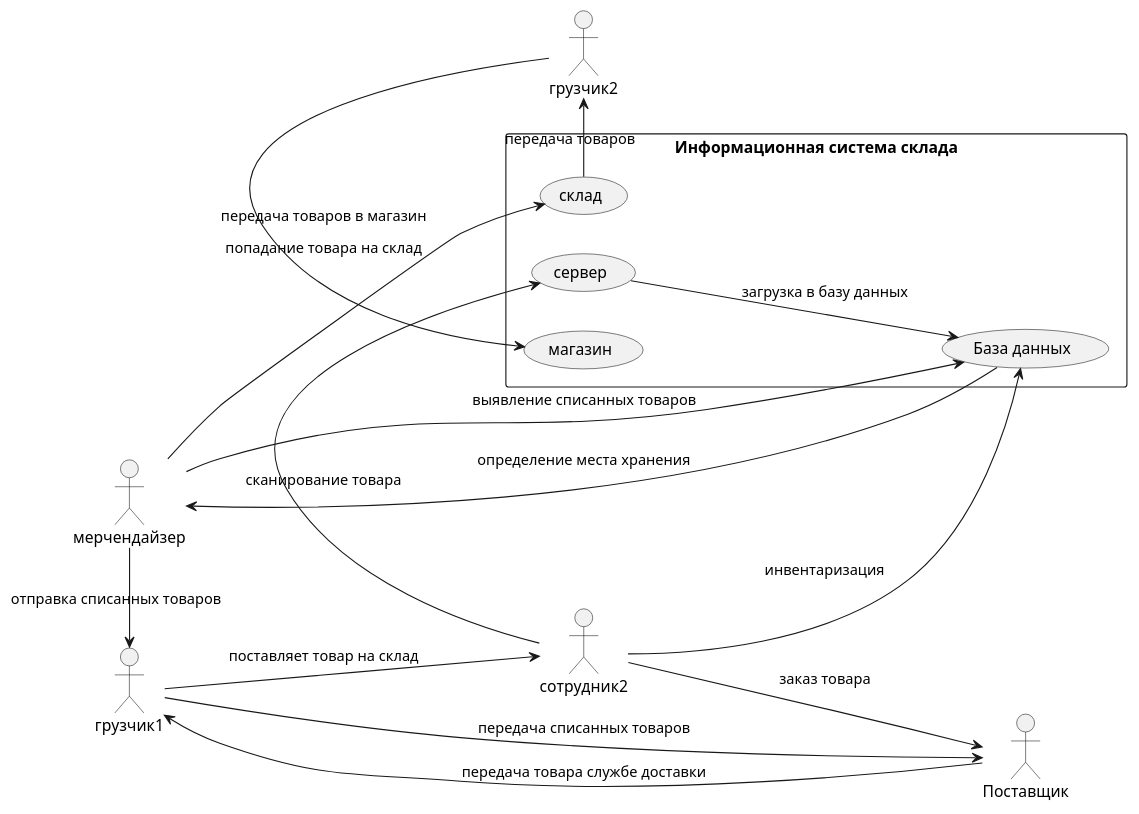
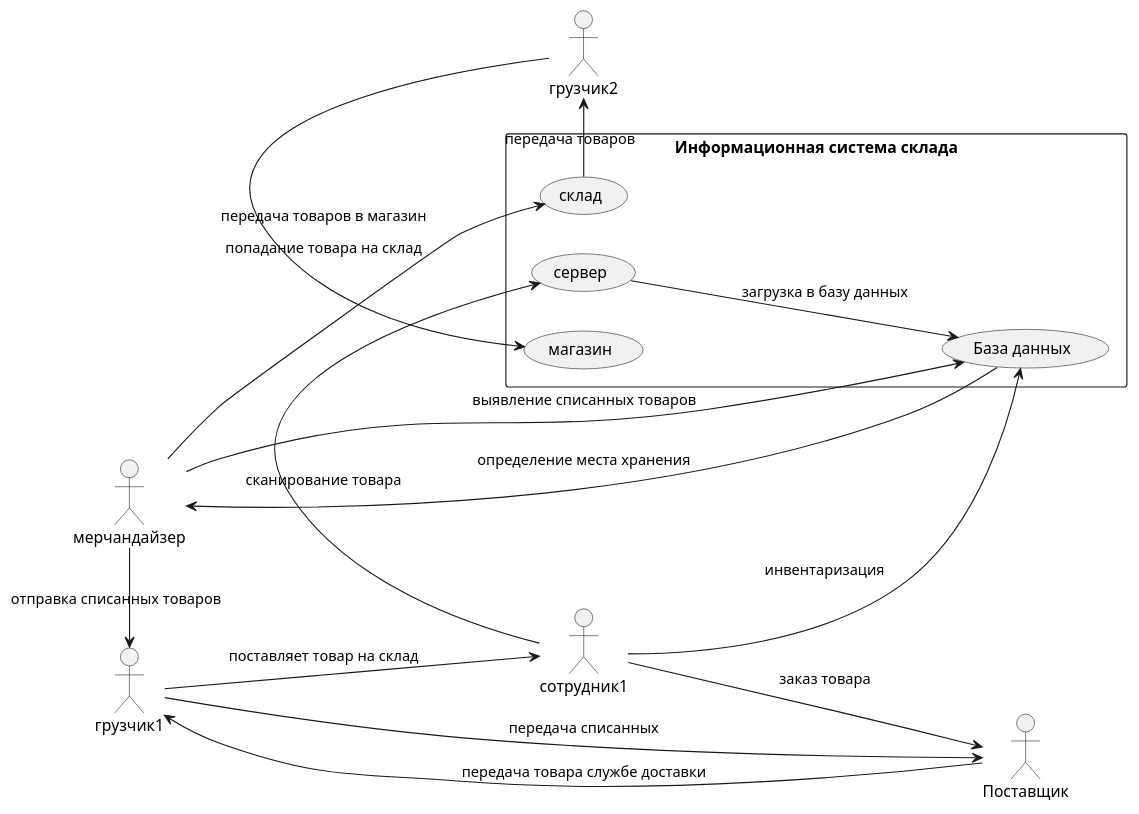
The diagram in pr1.puml (Dashaa-A/TMP), drawn with PlantUML before and after one commit.

```diff
--- a/pr1.puml
+++ b/pr1.puml
@@ -1,30 +1,30 @@
 @startuml
 left to right direction
 
 
 actor "Поставщик" as User
 actor "грузчик1" as User1
 actor "грузчик2" as User2
-actor "мерчендайзер" as User3
-actor "сотрудник2" as User5
+actor "мерчандайзер" as User3
+actor "сотрудник1" as User4
 
 rectangle "Информационная система склада" {
     usecase "сервер" as server
     usecase "База данных" as BD
     usecase "склад" as sklad
     usecase "магазин" as magazin
 
-    User5 -–> User: заказ товара
+    User4 -–> User: заказ товара
     User -–> User1 : передача товара службе доставки
-    User1 -–> User5: поставляет товар на склад
-    User5 -–> server : сканирование товара
+    User1 -–> User4: поставляет товар на склад
+    User4 -–> server : сканирование товара
     server -–> BD : загрузка в базу данных
     BD -–> User3: определение места хранения
     User3 -–> sklad: попадание товара на склад
     sklad -–> User2: передача товаров
     User2 –> magazin: передача товаров в магазин
-    User5 –> BD: инвентаризация
+    User4 –> BD: инвентаризация
     User3 –> BD: выявление списанных товаров
     User3 –> User1: отправка списанных товаров
-    User1 –> User: передача списанных товаров
+    User1 –> User: передача списанных
 @enduml
```
